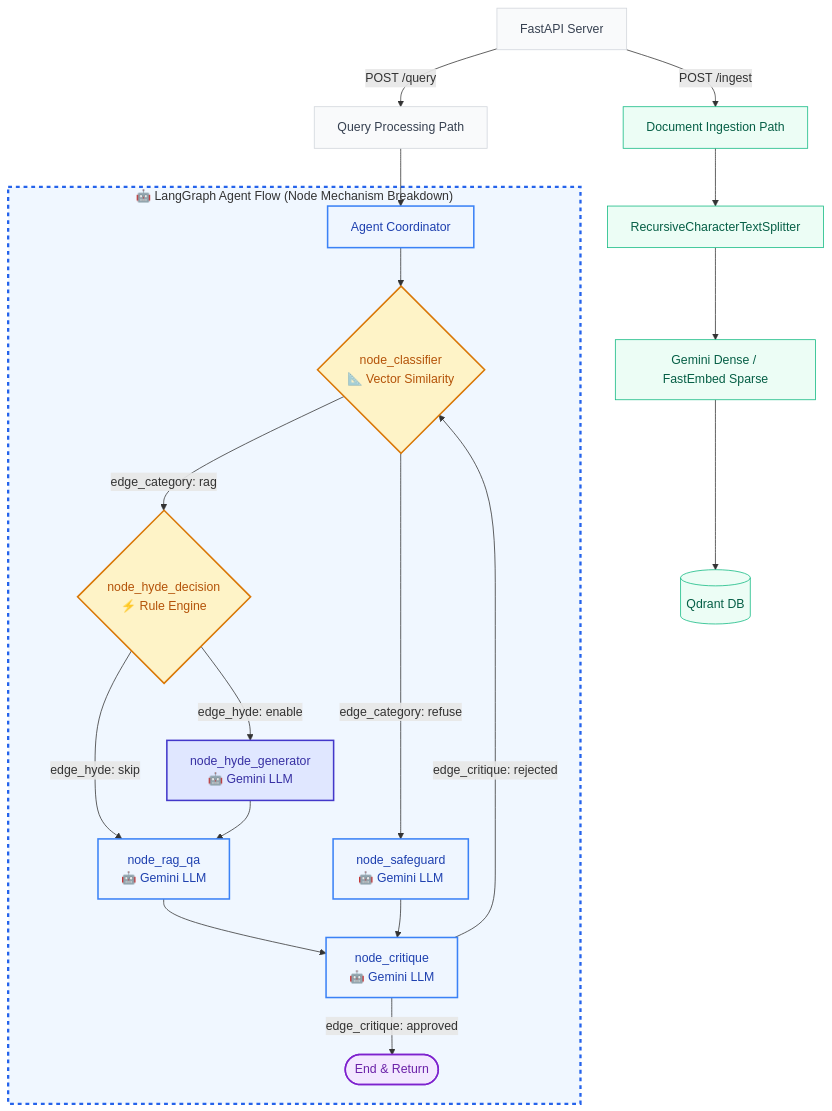
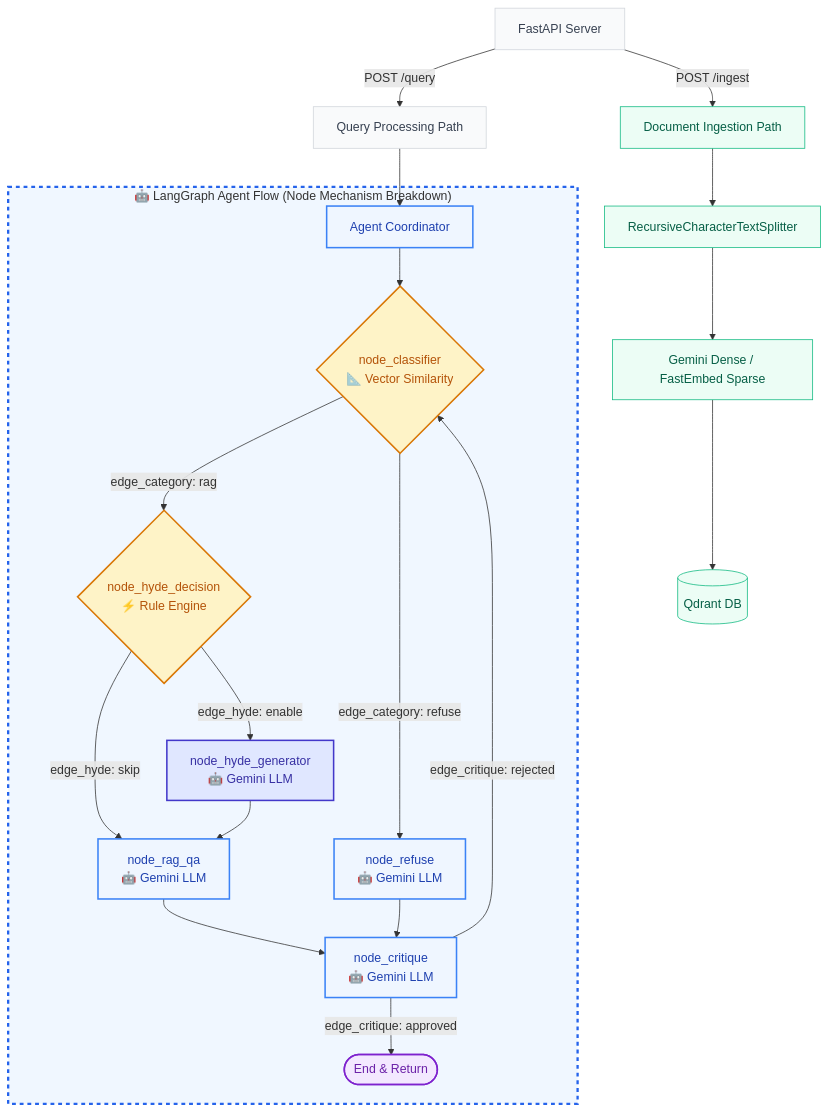
One commit to boycececil666gmailcom/Enterprise-RAG-Engine changed the second of 4 diagrams in README.md. Above: the diagram before and after it, drawn with Mermaid. The commit also changed other lines of this file and 7 other files, not shown here.

Commit message:
feat: replace safeguard node with specialized refuse node and add agent flow tests

````diff
--- a/README.md
+++ b/README.md
@@ -91,50 +91,50 @@
 ```mermaid
 flowchart TD
     %% Styling classes
     classDef main fill:#f9fafb,stroke:#d1d5db,stroke-width:1px,color:#374151;
     classDef ingest fill:#ecfdf5,stroke:#10b981,stroke-width:1px,color:#065f46;
     classDef lgNode fill:#eff6ff,stroke:#3b82f6,stroke-width:2px,color:#1e40af;
     classDef decision fill:#fef3c7,stroke:#d97706,stroke-width:2px,color:#b45309;
     classDef hyde fill:#e0e7ff,stroke:#4338ca,stroke-width:2px,color:#3730a3;
     classDef endNode fill:#f3e8ff,stroke:#7e22ce,stroke-width:2px,color:#6b21a8;
 
     Server[FastAPI Server]:::main
     
     %% Ingest path
     Server -->|POST /ingest| Ingest[Document Ingestion Path]:::ingest
     Ingest --> Split[RecursiveCharacterTextSplitter]:::ingest
     Split --> Embed[Gemini Dense / FastEmbed Sparse]:::ingest
     Embed --> DB[(Qdrant DB)]:::ingest
 
     %% Query path
     Server -->|POST /query| Query[Query Processing Path]:::main
     
     subgraph LangGraph ["🤖 LangGraph Agent Flow (Node Mechanism Breakdown)"]
         style LangGraph fill:#f0f7ff,stroke:#2563eb,stroke-width:3px,stroke-dasharray: 5 5;
         
         Graph[Agent Coordinator]:::lgNode
         Classifier{node_classifier<br/>📐 Vector Similarity}:::decision
         HyDEDecision{node_hyde_decision<br/>⚡ Rule Engine}:::decision
         HyDEGen[node_hyde_generator<br/>🤖 Gemini LLM]:::hyde
         QA[node_rag_qa<br/>🤖 Gemini LLM]:::lgNode
-        Safeguard[node_safeguard<br/>🤖 Gemini LLM]:::lgNode
+        Refuse[node_refuse<br/>🤖 Gemini LLM]:::lgNode
         Critique[node_critique<br/>🤖 Gemini LLM]:::lgNode
         End([End & Return]):::endNode
         
         Graph --> Classifier
         Classifier -->|edge_category: rag| HyDEDecision
-        Classifier -->|edge_category: refuse| Safeguard
+        Classifier -->|edge_category: refuse| Refuse
         
         HyDEDecision -->|edge_hyde: enable| HyDEGen
         HyDEDecision -->|edge_hyde: skip| QA
         HyDEGen --> QA
         
         QA --> Critique
-        Safeguard --> Critique
+        Refuse --> Critique
         
         Critique -->|edge_critique: approved| End
         Critique -->|edge_critique: rejected| Classifier
     end
     
     Query --> Graph
 ```
````
